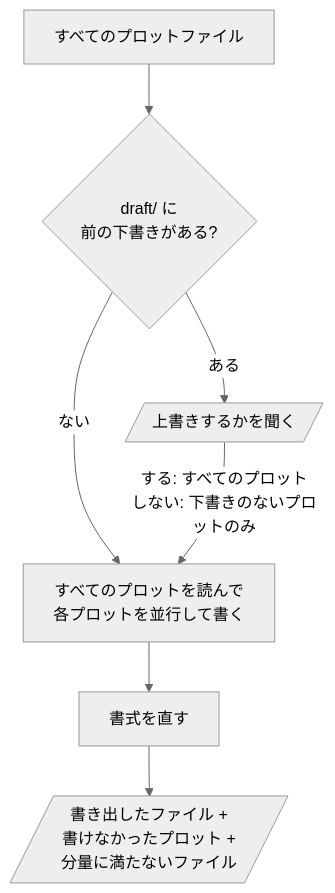
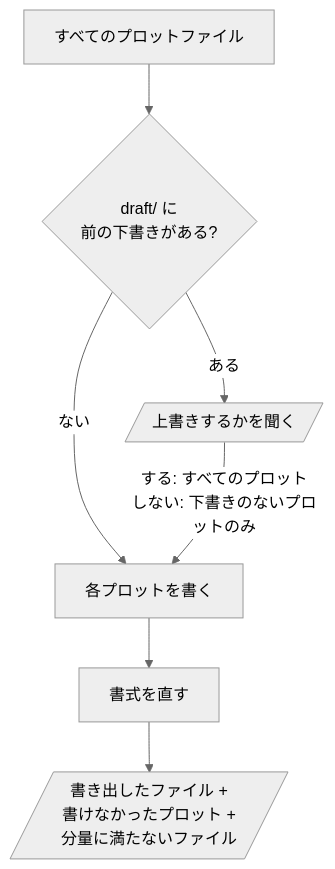
One commit to omni-stove/skill-kit changed the diagram in domains/story/skills/draft-all/README.ja.md. Above: the diagram before and after it, drawn with Mermaid (neutral theme). The commit also changed other lines of this file and 112 other files, not shown here.

````diff
--- a/domains/story/skills/draft-all/README.ja.md
+++ b/domains/story/skills/draft-all/README.ja.md
@@ -7,9 +3,9 @@
 ```mermaid
 flowchart TD
   input[すべてのプロットファイル] --> exists{draft/ に<br/>前の下書きがある?}
   exists -- "ある" --> ask[/上書きするかを聞く/]
   exists -- "ない" --> write
-  ask -- "する: すべてのプロット<br/>しない: 下書きのないプロットのみ" --> write[すべてのプロットを読んで<br/>各プロットを並行して書く]
+  ask -- "する: すべてのプロット<br/>しない: 下書きのないプロットのみ" --> write[各プロットを書く]
   write --> format[書式を直す]
   format --> done[/"書き出したファイル +<br/>書けなかったプロット +<br/>分量に満たないファイル"/]
 ```
````
